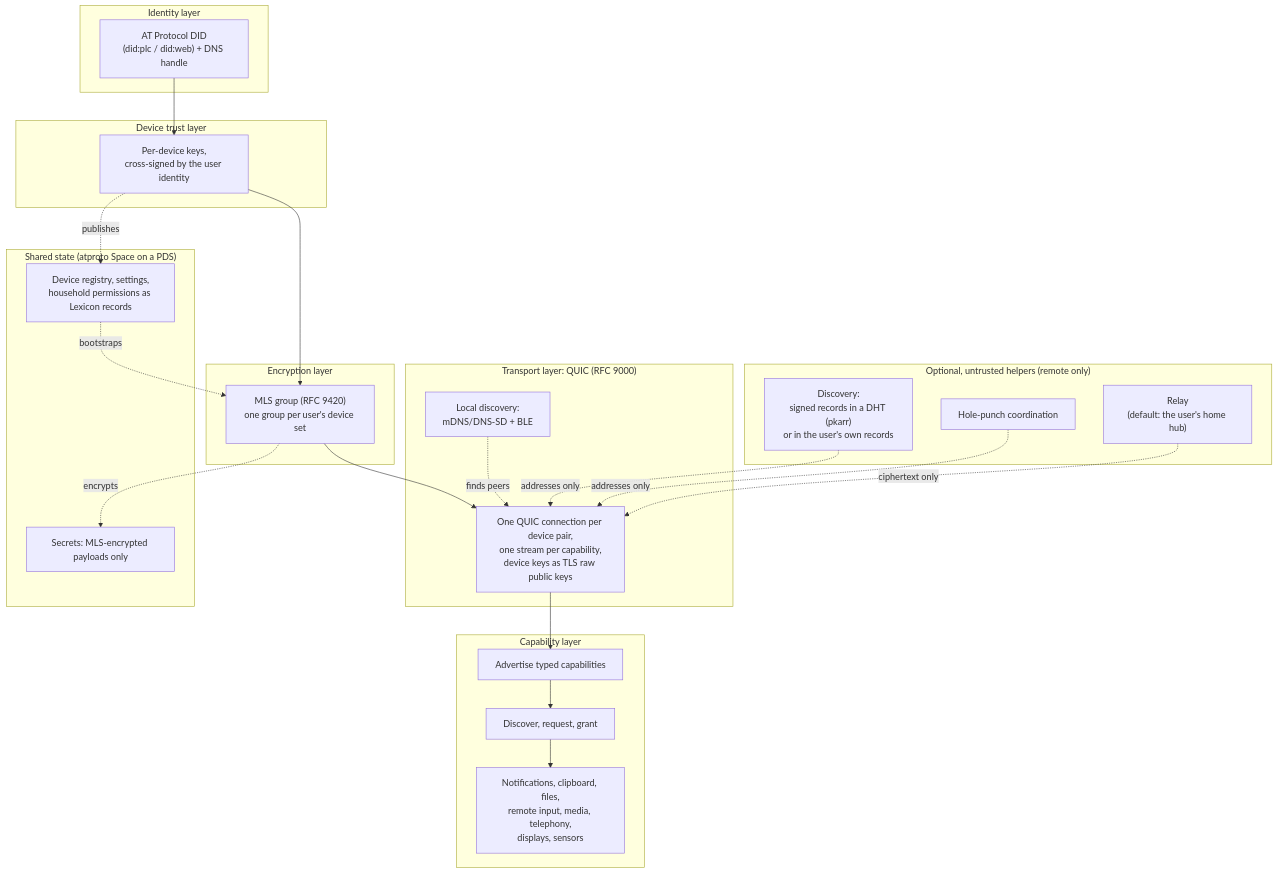
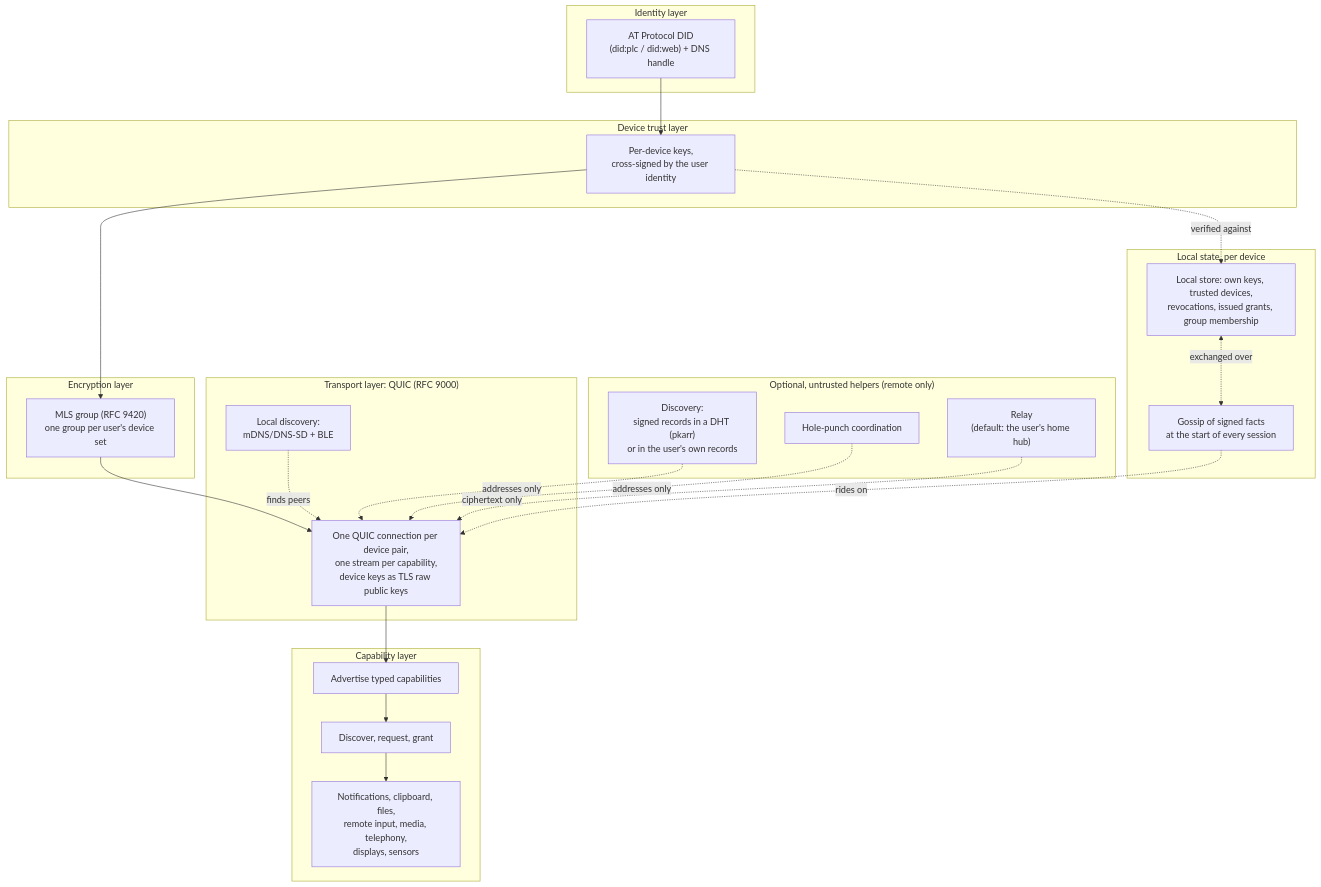
The diagram in README.md (garth/ligature-protocol), drawn with Mermaid before and after one commit. The commit also changed other lines of this file and 28 other files, not shown here.

````diff
--- a/README.md
+++ b/README.md
@@ -33,45 +36,45 @@
 ```mermaid
 flowchart TB
     subgraph Identity["Identity layer"]
         DID["AT Protocol DID<br/>(did:plc / did:web) + DNS handle"]
     end
 
     subgraph Trust["Device trust layer"]
         XS["Per-device keys,<br/>cross-signed by the user identity"]
     end
 
     subgraph Crypto["Encryption layer"]
         MLS["MLS group (RFC 9420)<br/>one group per user's device set"]
     end
 
     subgraph Transport["Transport layer: QUIC (RFC 9000)"]
         QUIC["One QUIC connection per device pair,<br/>one stream per capability,<br/>device keys as TLS raw public keys"]
         LAN["Local discovery:<br/>mDNS/DNS-SD + BLE"]
     end
 
     subgraph Helpers["Optional, untrusted helpers (remote only)"]
         DISC["Discovery:<br/>signed records in a DHT (pkarr)<br/>or in the user's own records"]
         PUNCH["Hole-punch coordination"]
         RELAY["Relay<br/>(default: the user's home hub)"]
     end
 
     subgraph Caps["Capability layer"]
         ADV["Advertise typed capabilities"]
         GRANT["Discover, request, grant"]
         USE["Notifications, clipboard, files,<br/>remote input, media, telephony,<br/>displays, sensors"]
     end
 
-    subgraph State["Shared state (atproto Space on a PDS)"]
-        REG["Device registry, settings,<br/>household permissions as Lexicon records"]
-        SEC["Secrets: MLS-encrypted payloads only"]
+    subgraph State["Local state, per device"]
+        STORE["Local store: own keys, trusted devices,<br/>revocations, issued grants, group membership"]
+        GOSSIP["Gossip of signed facts<br/>at the start of every session"]
     end
 
     DID --> XS --> MLS --> QUIC --> ADV --> GRANT --> USE
     LAN -. "finds peers" .-> QUIC
     DISC -. "addresses only" .-> QUIC
     PUNCH -. "addresses only" .-> QUIC
     RELAY -. "ciphertext only" .-> QUIC
-    XS -. "publishes" .-> REG
-    MLS -. "encrypts" .-> SEC
-    REG -. "bootstraps" .-> MLS
+    XS -. "verified against" .-> STORE
+    STORE <-. "exchanged over" .-> GOSSIP
+    GOSSIP -. "rides on" .-> QUIC
 ```
````
